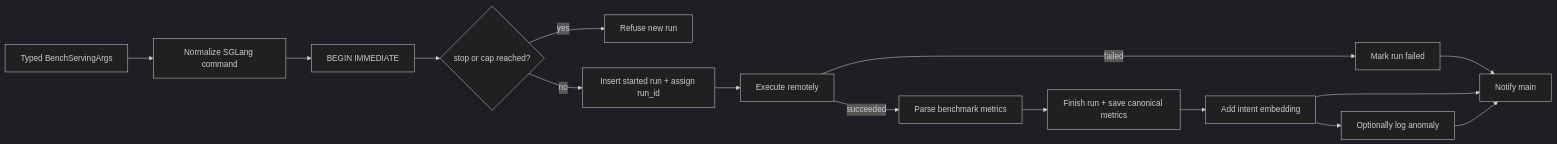
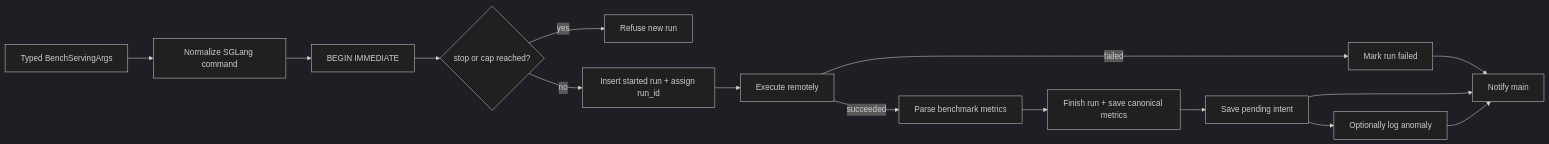
One commit to coder-2011/perferox changed the fourth of 5 diagrams in structures.md. Above: the diagram before and after it, drawn with Mermaid (dark theme). The commit also changed other lines of this file and 5 other files, not shown here.

````diff
--- a/structures.md
+++ b/structures.md
@@ -123,17 +123,17 @@
 ```mermaid
 flowchart LR
   args["Typed BenchServingArgs"] --> command["Normalize SGLang command"]
   command --> tx["BEGIN IMMEDIATE"]
   tx --> guard{"stop or cap reached?"}
   guard -->|"yes"| refuse["Refuse new run"]
   guard -->|"no"| row["Insert started run + assign run_id"]
   row --> remote["Execute remotely"]
   remote -->|"failed"| failed["Mark run failed"]
   remote -->|"succeeded"| parse["Parse benchmark metrics"]
   parse --> finish["Finish run + save canonical metrics"]
-  finish --> experiment["Add intent embedding"]
+  finish --> experiment["Save pending intent"]
   experiment --> anomaly["Optionally log anomaly"]
   failed --> notify["Notify main"]
   experiment --> notify
   anomaly --> notify
 ```
````
